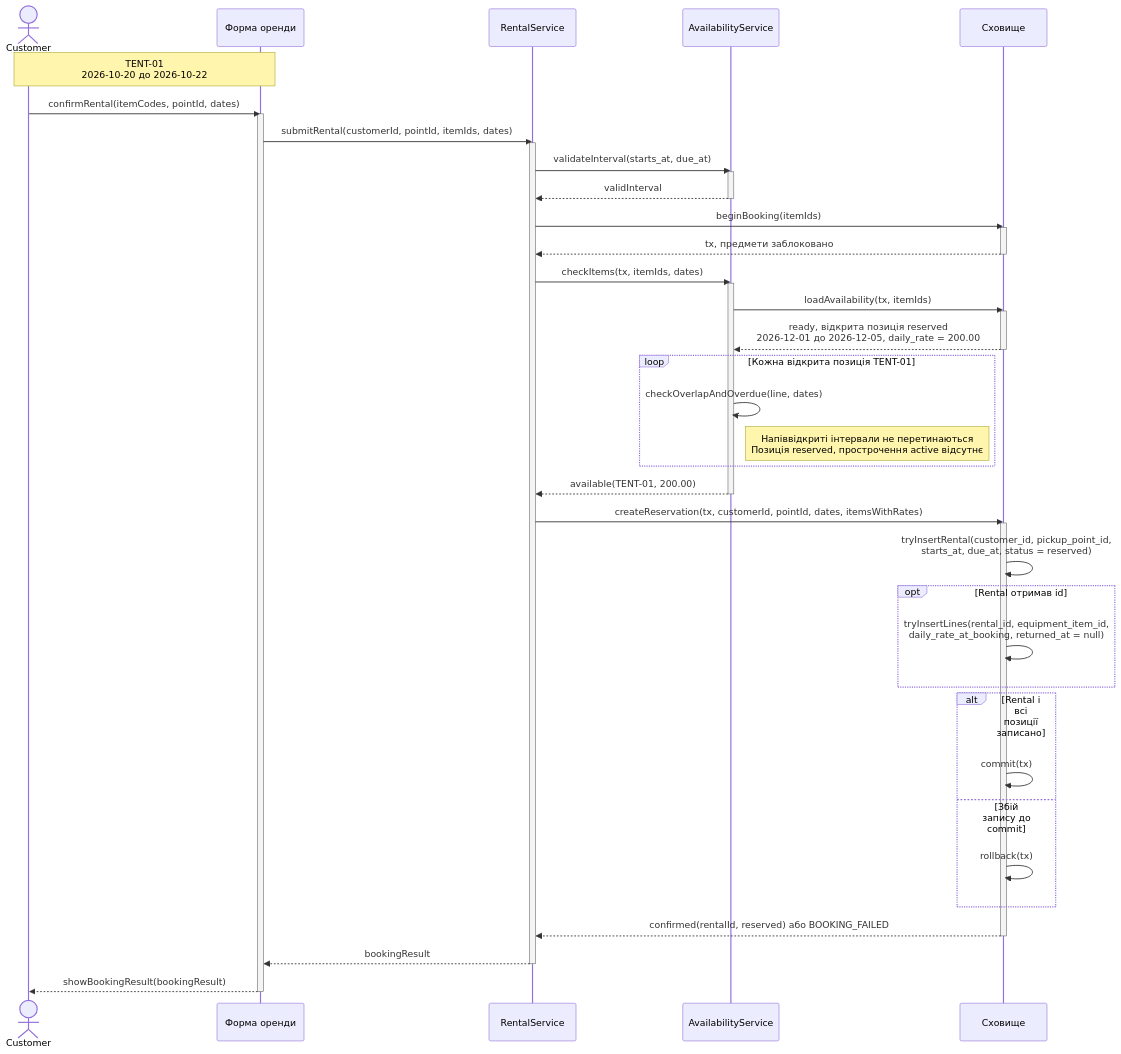
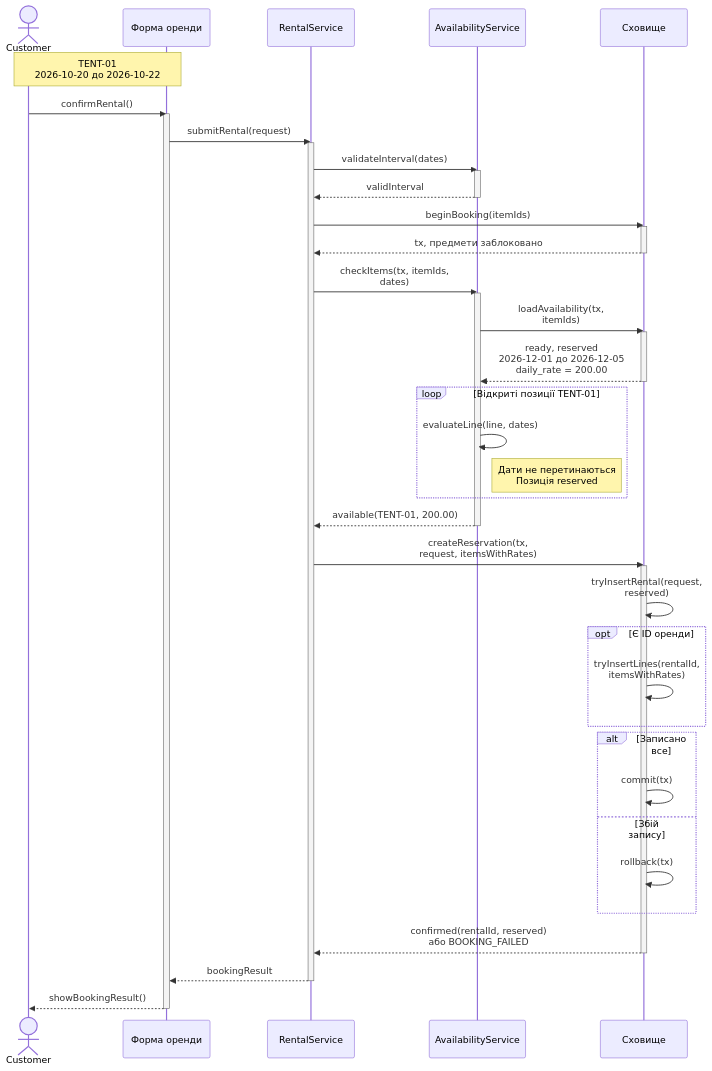
One commit to kirgafan/KPI_labs changed the fourth of 6 diagrams in Labs/lab-3/model.md. Above: the diagram before and after it, drawn with Mermaid. The commit also changed other lines of this file and 2 other files, not shown here.

Commit message:
refactor(lab-3): shorten sequence labels and clarify render criteria

````diff
--- a/Labs/lab-3/model.md
+++ b/Labs/lab-3/model.md
@@ -155,50 +155,50 @@
 ```mermaid
 sequenceDiagram
     actor C as Customer
     participant U as Форма оренди
     participant R as RentalService
     participant A as AvailabilityService
     participant S as Сховище
     Note over C,U: TENT-01<br/>2026-10-20 до 2026-10-22
-    C->>U: confirmRental(itemCodes, pointId, dates)
+    C->>U: confirmRental()
     activate U
-    U->>R: submitRental(customerId, pointId, itemIds, dates)
+    U->>R: submitRental(request)
     activate R
-    R->>A: validateInterval(starts_at, due_at)
+    R->>A: validateInterval(dates)
     activate A
     A-->>R: validInterval
     deactivate A
     R->>S: beginBooking(itemIds)
     activate S
     S-->>R: tx, предмети заблоковано
     deactivate S
-    R->>A: checkItems(tx, itemIds, dates)
+    R->>A: checkItems(tx, itemIds,<br/>dates)
     activate A
-    A->>S: loadAvailability(tx, itemIds)
+    A->>S: loadAvailability(tx,<br/>itemIds)
     activate S
-    S-->>A: ready, відкрита позиція reserved<br/>2026-12-01 до 2026-12-05, daily_rate = 200.00
+    S-->>A: ready, reserved<br/>2026-12-01 до 2026-12-05<br/>daily_rate = 200.00
     deactivate S
-    loop Кожна відкрита позиція TENT-01
-        A->>A: checkOverlapAndOverdue(line, dates)
-        Note right of A: Напіввідкриті інтервали не перетинаються<br/>Позиція reserved, прострочення active відсутнє
+    loop Відкриті позиції TENT-01
+        A->>A: evaluateLine(line, dates)
+        Note right of A: Дати не перетинаються<br/>Позиція reserved
     end
     A-->>R: available(TENT-01, 200.00)
     deactivate A
-    R->>S: createReservation(tx, customerId, pointId, dates, itemsWithRates)
+    R->>S: createReservation(tx,<br/>request, itemsWithRates)
     activate S
-    S->>S: tryInsertRental(customer_id, pickup_point_id,<br/>starts_at, due_at, status = reserved)
-    opt Rental отримав id
-        S->>S: tryInsertLines(rental_id, equipment_item_id,<br/>daily_rate_at_booking, returned_at = null)
+    S->>S: tryInsertRental(request,<br/>reserved)
+    opt Є ID оренди
+        S->>S: tryInsertLines(rentalId,<br/>itemsWithRates)
     end
-    alt Rental і всі позиції записано
+    alt Записано все
         S->>S: commit(tx)
-    else Збій запису до commit
+    else Збій запису
         S->>S: rollback(tx)
     end
-    S-->>R: confirmed(rentalId, reserved) або BOOKING_FAILED
+    S-->>R: confirmed(rentalId, reserved)<br/>або BOOKING_FAILED
     deactivate S
     R-->>U: bookingResult
     deactivate R
-    U-->>C: showBookingResult(bookingResult)
+    U-->>C: showBookingResult()
     deactivate U
 ```
````
